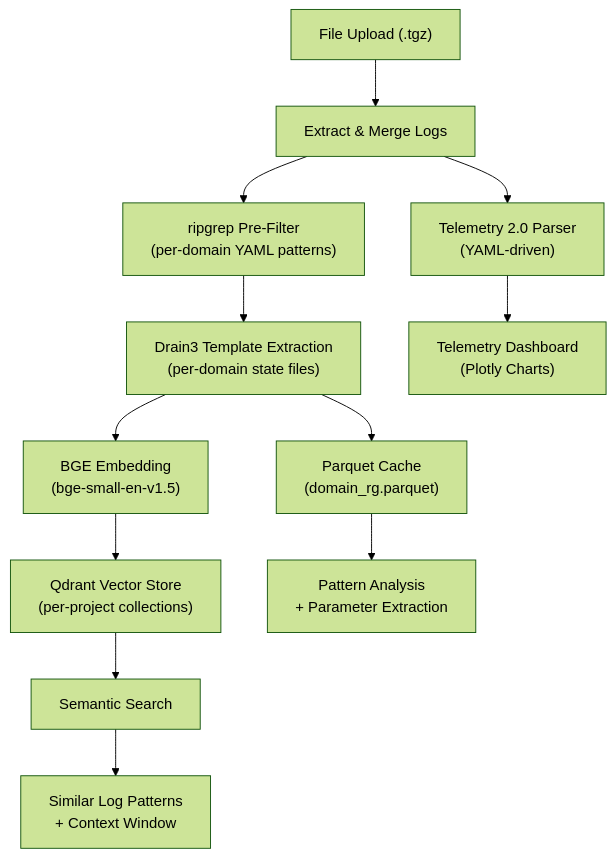
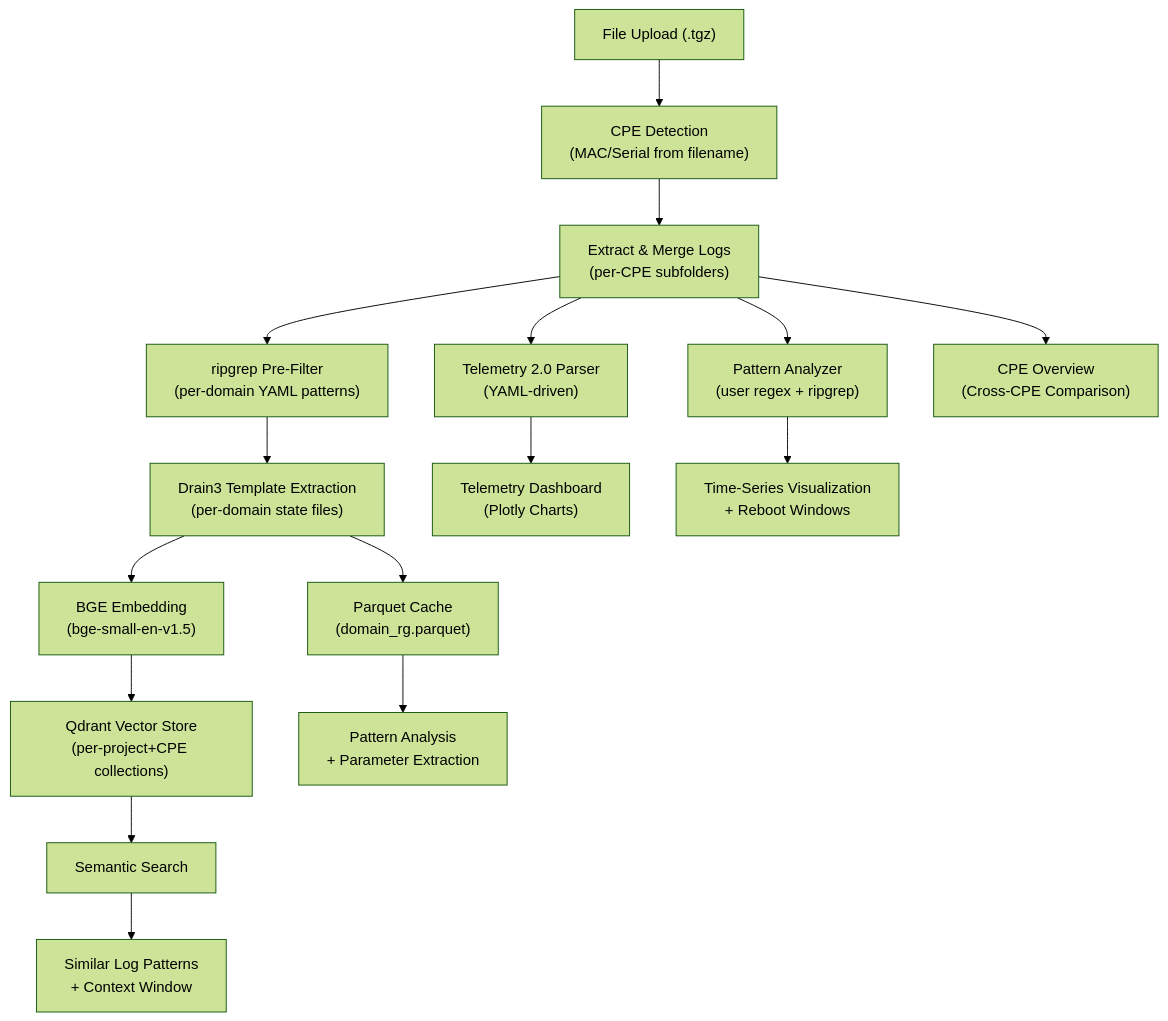
Before and after one commit to Arumugam-panchatcharam/parsemylog-ai: the diagram in README.md, drawn with Mermaid (forest theme). The commit also changed other lines of this file and 12 other files, not shown here.

````diff
--- a/README.md
+++ b/README.md
@@ -43,14 +70,18 @@
 ```mermaid
 flowchart TD
-    Upload["File Upload (.tgz)"] --> Extract["Extract & Merge Logs"]
+    Upload["File Upload (.tgz)"] --> CPE["CPE Detection\n(MAC/Serial from filename)"]
+    CPE --> Extract["Extract & Merge Logs\n(per-CPE subfolders)"]
     Extract --> RgScan["ripgrep Pre-Filter\n(per-domain YAML patterns)"]
     RgScan --> Drain3["Drain3 Template Extraction\n(per-domain state files)"]
     Drain3 --> Parquet["Parquet Cache\n(domain_rg.parquet)"]
     Drain3 --> Embed["BGE Embedding\n(bge-small-en-v1.5)"]
-    Embed --> Qdrant["Qdrant Vector Store\n(per-project collections)"]
+    Embed --> Qdrant["Qdrant Vector Store\n(per-project+CPE collections)"]
     Extract --> Telemetry["Telemetry 2.0 Parser\n(YAML-driven)"]
     Telemetry --> Dashboard["Telemetry Dashboard\n(Plotly Charts)"]
     Qdrant --> Search["Semantic Search"]
     Search --> Results["Similar Log Patterns\n+ Context Window"]
     Parquet --> PatternPage["Pattern Analysis\n+ Parameter Extraction"]
+    Extract --> RegexScan["Pattern Analyzer\n(user regex + ripgrep)"]
+    RegexScan --> TimeSeries["Time-Series Visualization\n+ Reboot Windows"]
+    Extract --> Overview["CPE Overview\n(Cross-CPE Comparison)"]
 ```
````
